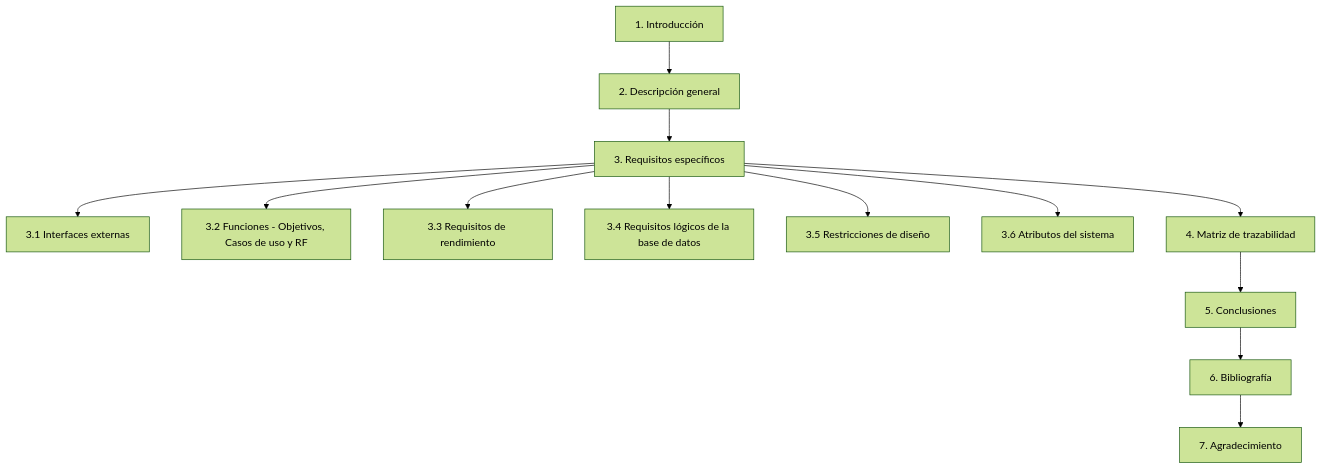
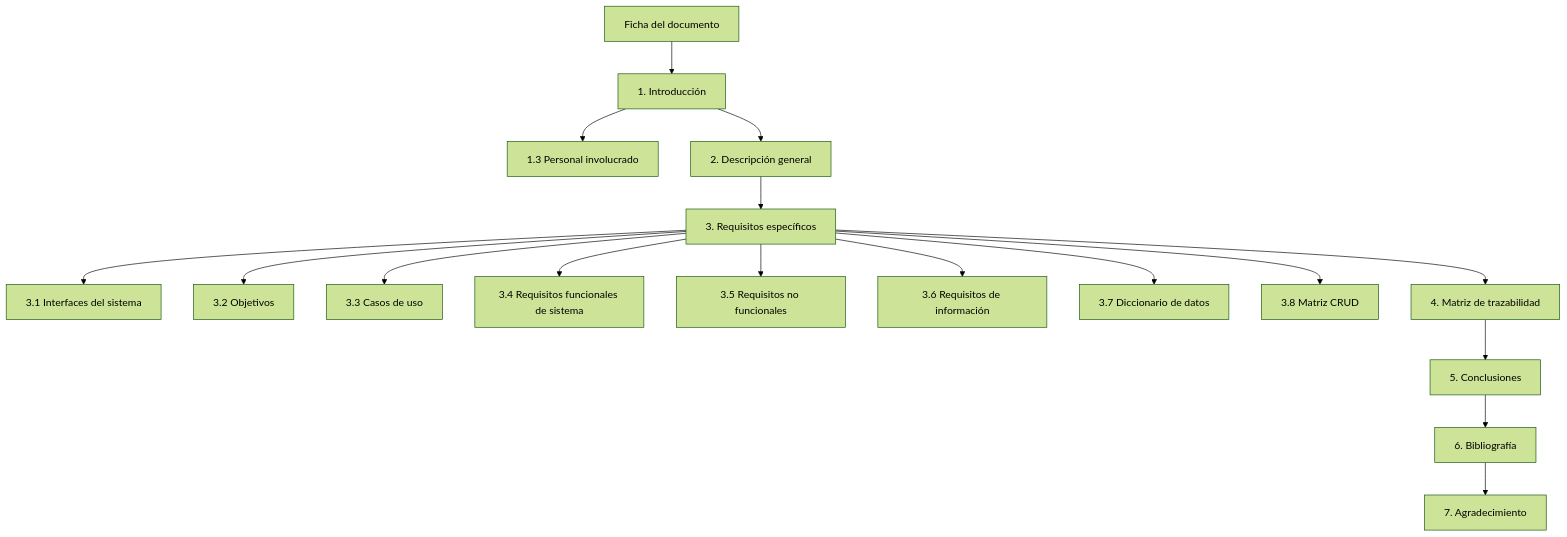
The first of 2 diagrams in README.md (AlejoTechEngineer/nexuscampus-srs-ieee830), drawn with Mermaid (forest theme) before and after one commit. The commit also changed other lines of this file, not shown here.

````diff
--- a/README.md
+++ b/README.md
@@ -102,15 +102,19 @@
 ```mermaid
 flowchart TD
-    A[1. Introducción] --> B[2. Descripción general]
-    B --> C[3. Requisitos específicos]
-    C --> C1[3.1 Interfaces externas]
-    C --> C2[3.2 Funciones - Objetivos, Casos de uso y RF]
-    C --> C3[3.3 Requisitos de rendimiento]
-    C --> C4[3.4 Requisitos lógicos de la base de datos]
-    C --> C5[3.5 Restricciones de diseño]
-    C --> C6[3.6 Atributos del sistema]
-    C --> D[4. Matriz de trazabilidad]
-    D --> E[5. Conclusiones]
-    E --> F[6. Bibliografía]
-    F --> G[7. Agradecimiento]
+    A[Ficha del documento] --> B[1. Introducción]
+    B --> B1[1.3 Personal involucrado]
+    B --> C[2. Descripción general]
+    C --> D[3. Requisitos específicos]
+    D --> D1[3.1 Interfaces del sistema]
+    D --> D2[3.2 Objetivos]
+    D --> D3[3.3 Casos de uso]
+    D --> D4[3.4 Requisitos funcionales de sistema]
+    D --> D5[3.5 Requisitos no funcionales]
+    D --> D6[3.6 Requisitos de información]
+    D --> D7[3.7 Diccionario de datos]
+    D --> D8[3.8 Matriz CRUD]
+    D --> E[4. Matriz de trazabilidad]
+    E --> F[5. Conclusiones]
+    F --> G[6. Bibliografía]
+    G --> H[7. Agradecimiento]
 ```
````
